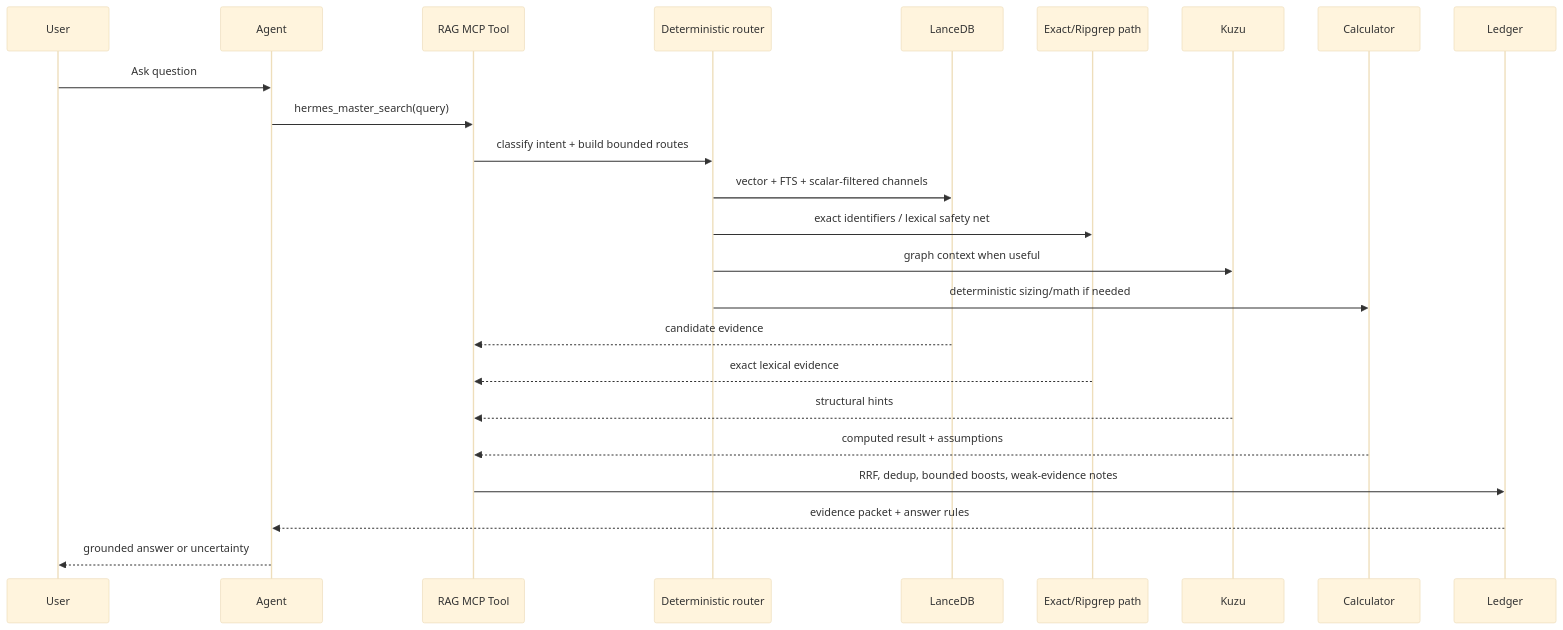
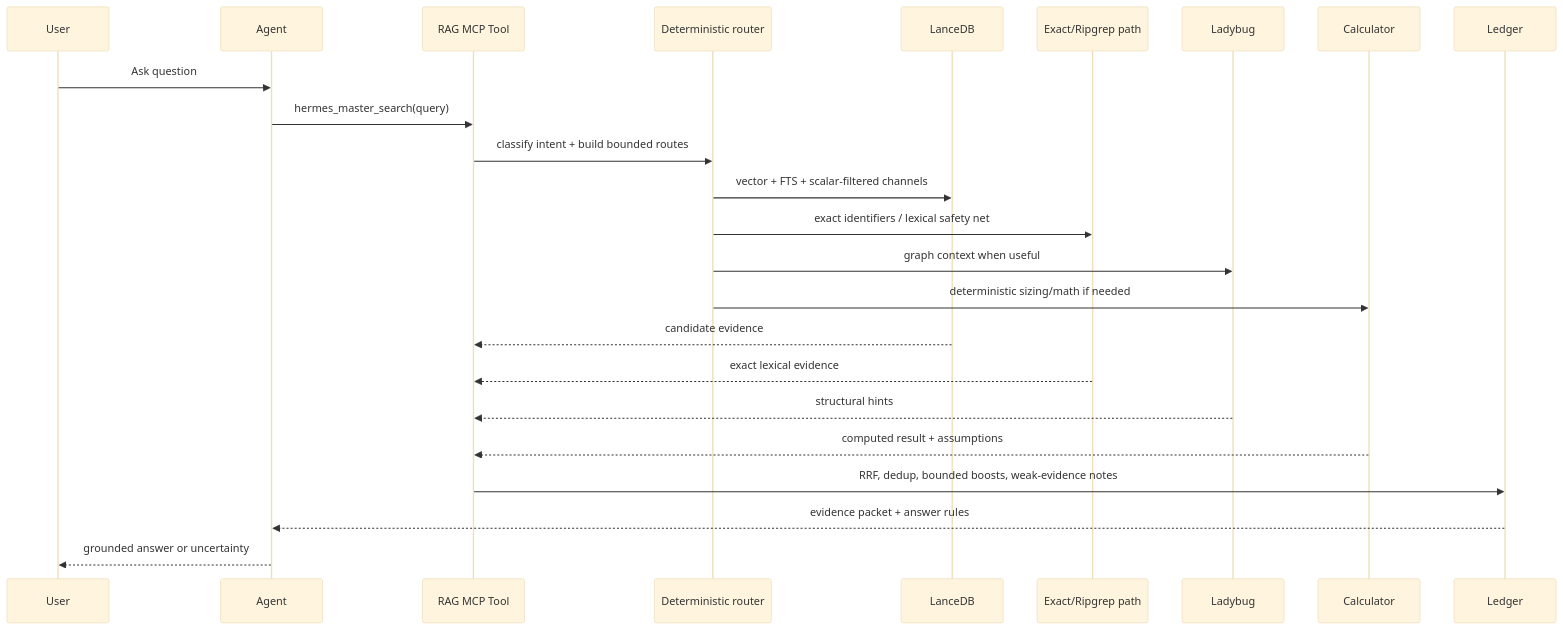
The diagram in docs/design/retrieval-pipeline.md (ipccheng/NX-Shield-RAG), drawn with Mermaid (base theme) before and after one commit. The commit also changed other lines of this file and 15 other files, not shown here.

Commit message:
docs: align public RAG architecture with live design

````diff
--- a/docs/design/retrieval-pipeline.md
+++ b/docs/design/retrieval-pipeline.md
@@ -9,27 +9,27 @@
 ```mermaid
 sequenceDiagram
   participant User
   participant Agent
   participant MCP as RAG MCP Tool
   participant Planner as Deterministic router
   participant LanceDB
   participant Exact as Exact/Ripgrep path
-  participant Kuzu
+  participant Ladybug
   participant Calc as Calculator
   participant Ledger
 
   User->>Agent: Ask question
   Agent->>MCP: hermes_master_search(query)
   MCP->>Planner: classify intent + build bounded routes
   Planner->>LanceDB: vector + FTS + scalar-filtered channels
   Planner->>Exact: exact identifiers / lexical safety net
-  Planner->>Kuzu: graph context when useful
+  Planner->>Ladybug: graph context when useful
   Planner->>Calc: deterministic sizing/math if needed
   LanceDB-->>MCP: candidate evidence
   Exact-->>MCP: exact lexical evidence
-  Kuzu-->>MCP: structural hints
+  Ladybug-->>MCP: structural hints
   Calc-->>MCP: computed result + assumptions
   MCP->>Ledger: RRF, dedup, bounded boosts, weak-evidence notes
   Ledger-->>Agent: evidence packet + answer rules
   Agent-->>User: grounded answer or uncertainty
 ```
````
